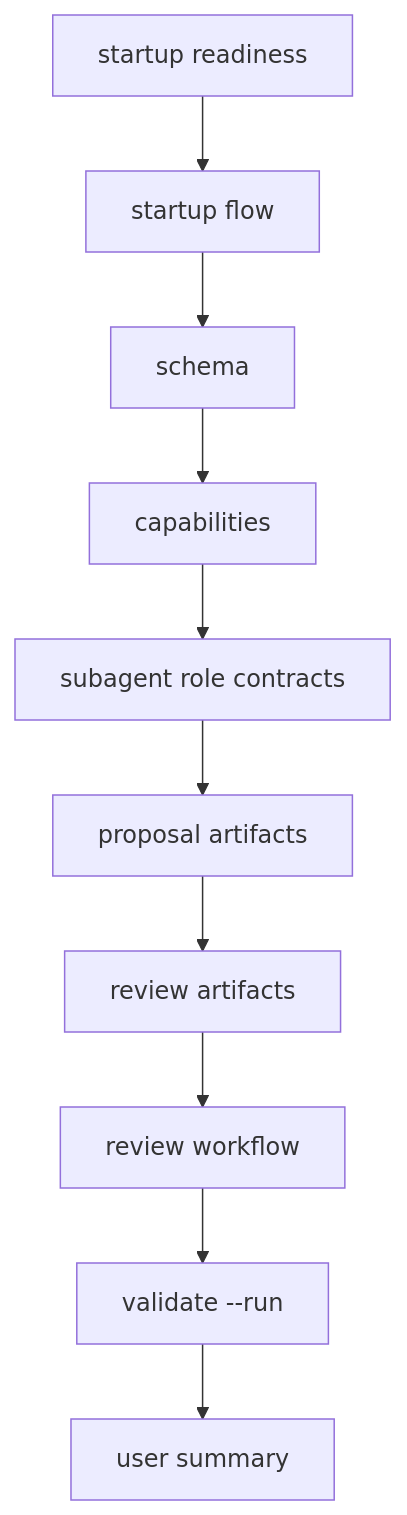
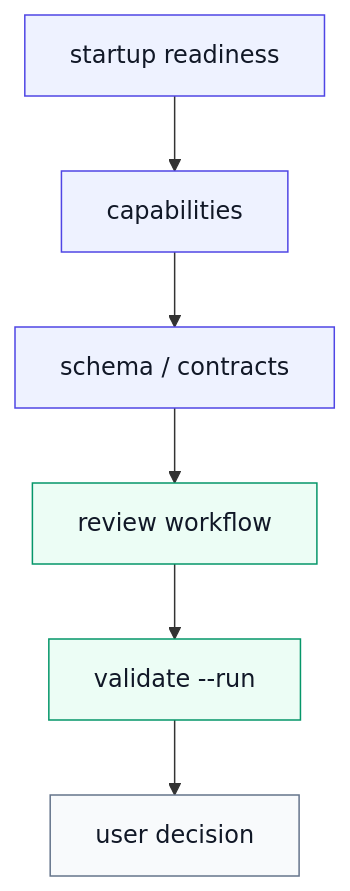
The second of 3 diagrams in README.md (ProfRandom92/Comptext-cli), drawn with Mermaid before and after one commit. The commit also changed other lines of this file, not shown here.

Commit message:
Improve README diagram structure

````diff
--- a/README.md
+++ b/README.md
@@ -179,12 +194,15 @@
 ```mermaid
 flowchart TD
-    readiness["startup readiness"] --> flow["startup flow"]
-    flow --> schema["schema"]
-    schema --> capabilities["capabilities"]
-    capabilities --> subagents["subagent role contracts"]
-    subagents --> proposals["proposal artifacts"]
-    proposals --> reviews["review artifacts"]
-    reviews --> workflow["review workflow"]
+    readiness["startup readiness"] --> capabilities["capabilities"]
+    capabilities --> contracts["schema / contracts"]
+    contracts --> workflow["review workflow"]
     workflow --> validate["validate --run"]
-    validate --> summary["user summary"]
+    validate --> decision["user decision"]
+
+    classDef core fill:#eef2ff,stroke:#4f46e5,color:#111827
+    classDef safe fill:#f8fafc,stroke:#64748b,color:#111827
+    classDef evidence fill:#ecfdf5,stroke:#059669,color:#111827
+    class readiness,capabilities,contracts core
+    class workflow,validate evidence
+    class decision safe
 ```
````
